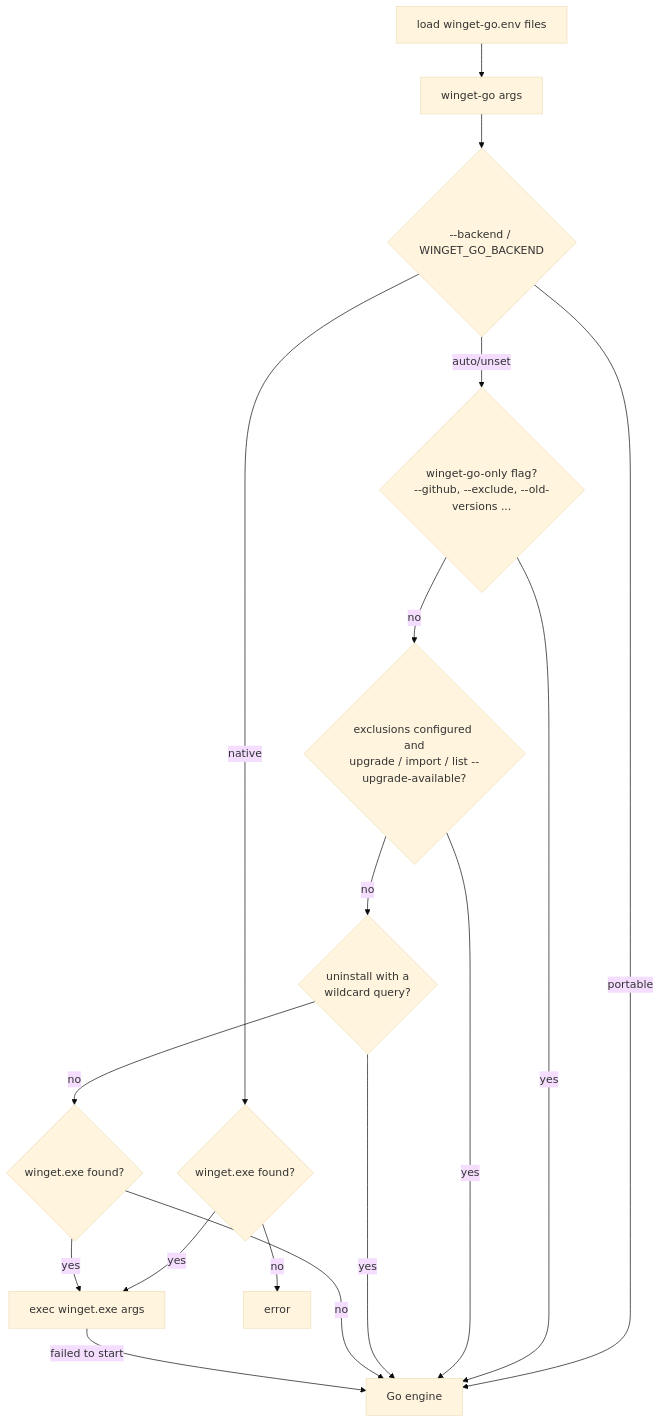
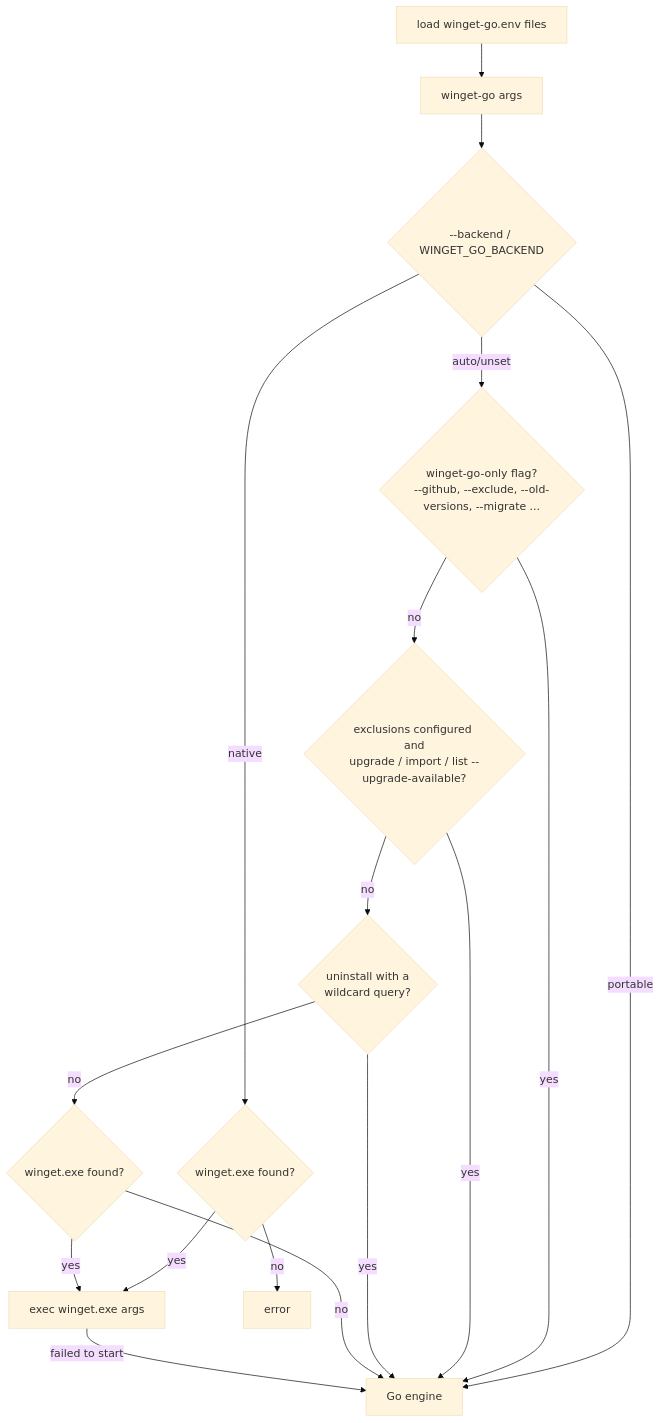
Before and after one commit to badamsz/winget-go: the first of 3 diagrams in docs/ARCHITECTURE.md, drawn with Mermaid (base theme). The commit also changed other lines of this file and 10 other files, not shown here.

````diff
--- a/docs/ARCHITECTURE.md
+++ b/docs/ARCHITECTURE.md
@@ -21,19 +21,19 @@
 ```mermaid
 flowchart TD
     S[load winget-go.env files] --> A
     A[winget-go args] --> B{--backend / WINGET_GO_BACKEND}
     B -- portable --> P[Go engine]
     B -- native --> N{winget.exe found?}
     N -- yes --> X[exec winget.exe args]
     N -- no --> E[error]
-    B -- auto/unset --> G{winget-go-only flag?<br/>--github, --exclude, --old-versions ...}
+    B -- auto/unset --> G{winget-go-only flag?<br/>--github, --exclude, --old-versions, --migrate ...}
     G -- yes --> P
     G -- no --> XC{exclusions configured and<br/>upgrade / import / list --upgrade-available?}
     XC -- yes --> P
     XC -- no --> WU{uninstall with a<br/>wildcard query?}
     WU -- yes --> P
     WU -- no --> F{winget.exe found?}
     F -- yes --> X
     F -- no --> P
     X -- failed to start --> P
 ```
````
